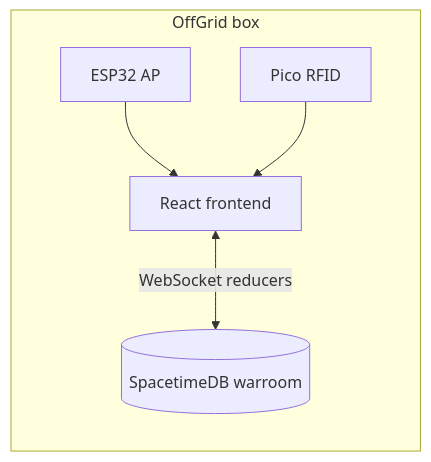
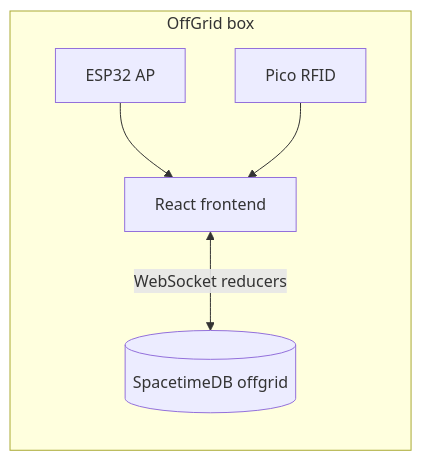
Before and after one commit to akshithajakka/OffGrid: the diagram in docs/architecture.md, drawn with Mermaid. The commit also changed other lines of this file and 77 other files, not shown here.

Commit message:
Keycard flow: admin fob opens admin, employee card sends approval request

````diff
--- a/docs/architecture.md
+++ b/docs/architecture.md
@@ -9,12 +9,12 @@
 ```mermaid
 flowchart LR
   subgraph box [OffGrid box]
     ESP32[ESP32 AP]
     Pico[Pico RFID]
     UI[React frontend]
-    STDB[(SpacetimeDB warroom)]
+    STDB[(SpacetimeDB offgrid)]
   end
   ESP32 --> UI
   Pico --> UI
   UI <-->|WebSocket reducers| STDB
 ```
````
